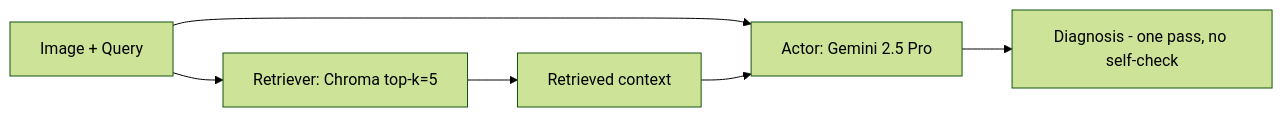
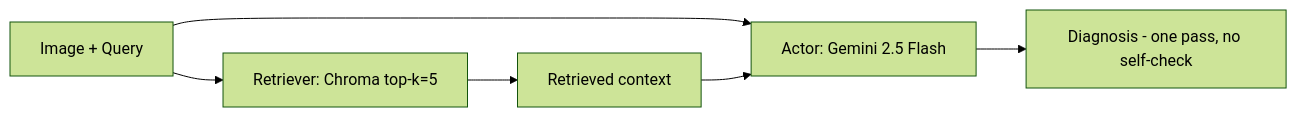
The first of 3 diagrams in REPORT.md (bhattaraibishal50/rag_reflection_loop), drawn with Mermaid (forest theme) before and after one commit. The commit also changed other lines of this file, not shown here.

````diff
--- a/REPORT.md
+++ b/REPORT.md
@@ -143,8 +143,8 @@
 ```mermaid
 flowchart LR
     Q[Image + Query] --> R[Retriever: Chroma top-k=5]
     R --> C[Retrieved context]
-    Q --> A[Actor: Gemini 2.5 Pro]
+    Q --> A[Actor: Gemini 2.5 Flash]
     C --> A
     A --> D[Diagnosis - one pass, no self-check]
 ```
````
